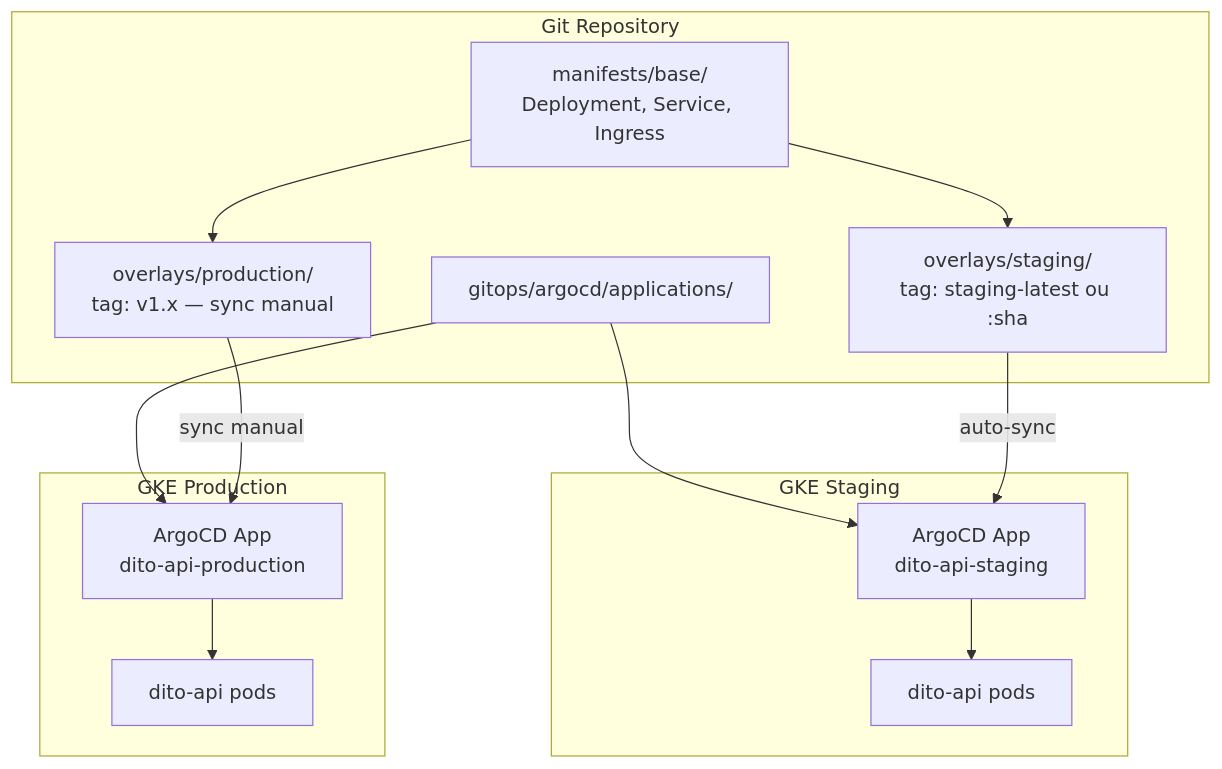
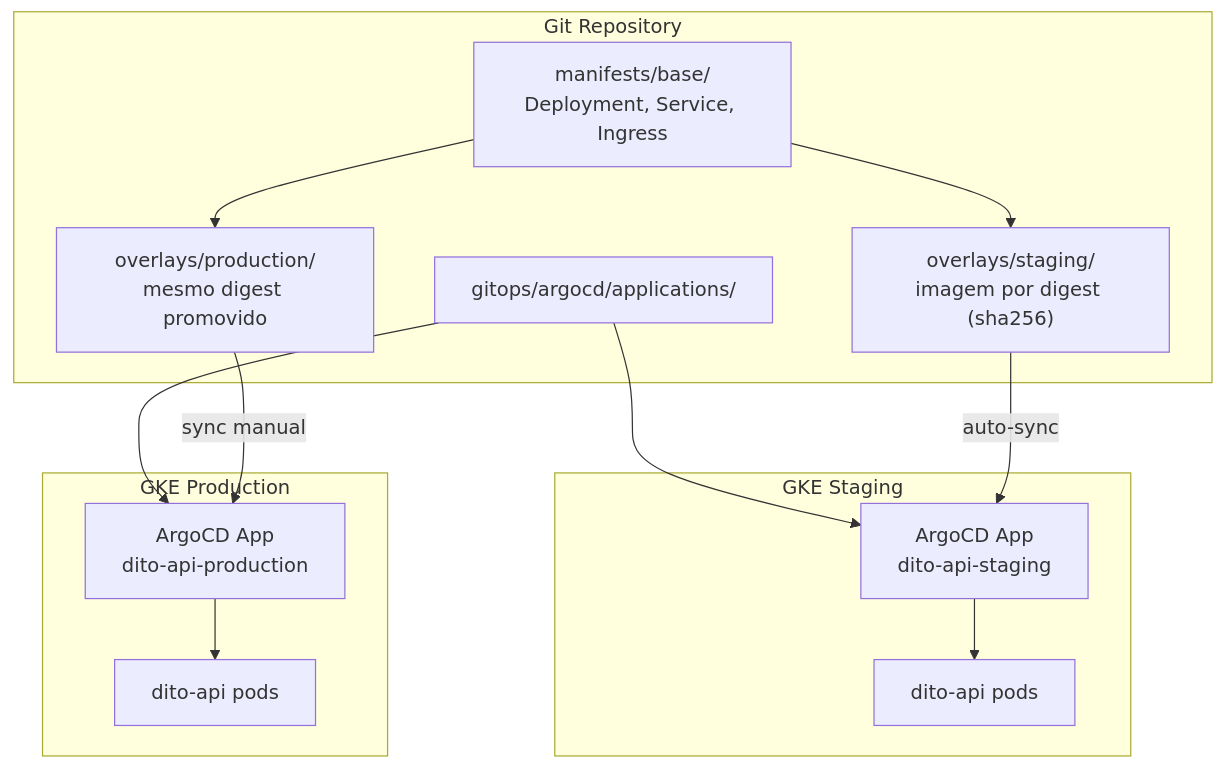
The fifth of 7 diagrams in docs/architecture/diagrams.md (nikolastsdev/dito-devops-challenge), drawn with Mermaid before and after one commit. The commit also changed 8 other files, not shown here.

````diff
--- a/docs/architecture/diagrams.md
+++ b/docs/architecture/diagrams.md
@@ -219,26 +219,26 @@
 ```mermaid
 flowchart TB
     subgraph Repo["Git Repository"]
         Base["manifests/base/<br/>Deployment, Service, Ingress"]
-        STG_OV["overlays/staging/<br/>tag: staging-latest ou :sha"]
-        PRD_OV["overlays/production/<br/>tag: v1.x — sync manual"]
+        STG_OV["overlays/staging/<br/>imagem por digest (sha256)"]
+        PRD_OV["overlays/production/<br/>mesmo digest promovido"]
         ArgoApps["gitops/argocd/applications/"]
     end
 
     subgraph StagingCluster["GKE Staging"]
         ArgoSTG["ArgoCD App<br/>dito-api-staging"]
         PodsSTG["dito-api pods"]
     end
 
     subgraph ProdCluster["GKE Production"]
         ArgoPRD["ArgoCD App<br/>dito-api-production"]
         PodsPRD["dito-api pods"]
     end
 
     Base --> STG_OV
     Base --> PRD_OV
     ArgoApps --> ArgoSTG
     ArgoApps --> ArgoPRD
     STG_OV -->|auto-sync| ArgoSTG --> PodsSTG
     PRD_OV -->|sync manual| ArgoPRD --> PodsPRD
 ```
````
